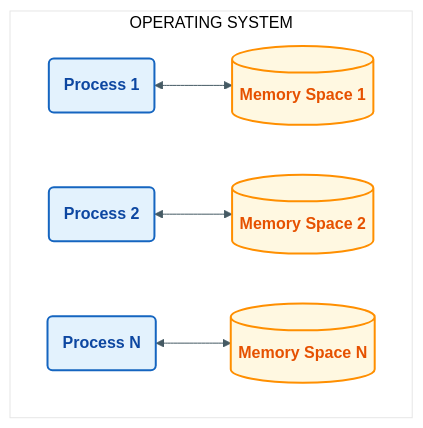
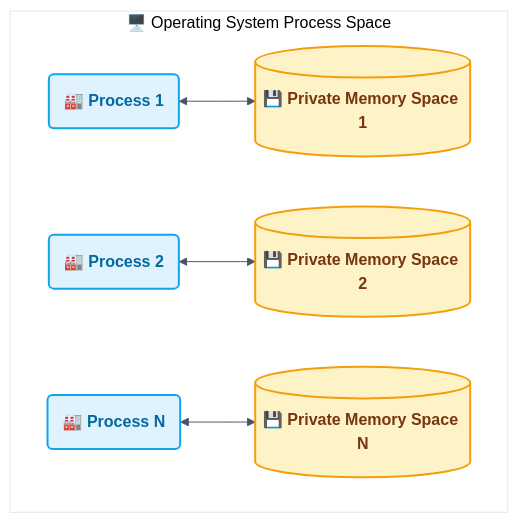
Before and after one commit to RameenAnwar/PDC-SP26-SE: the first of 10 diagrams in SyedMuhammadHuzaifaAshrafi-(23FA-035-SE)/Chapter03/README.md, drawn with Mermaid. The commit also changed other lines of this file and 5 other files, not shown here.

````diff
--- a/SyedMuhammadHuzaifaAshrafi-(23FA-035-SE)/Chapter03/README.md
+++ b/SyedMuhammadHuzaifaAshrafi-(23FA-035-SE)/Chapter03/README.md
@@ -29,25 +29,25 @@
 ```mermaid
-%%{init: {'theme': 'base', 'themeVariables': { 'lineColor': '#455A64', 'primaryColor': '#F5F5F5' }}}%%
+%%{init: {'theme': 'base', 'themeVariables': { 'lineColor': '#475569', 'primaryColor': '#f8fafc', 'primaryTextColor': '#0f172a', 'primaryBorderColor': '#cbd5e1' }}}%%
 flowchart TD
-    %% Pro Max Multiprocessing Visual
-    classDef process fill:#E3F2FD,stroke:#1565C0,stroke-width:2px,color:#0D47A1,font-weight:bold
-    classDef memory fill:#FFF8E1,stroke:#FF8F00,stroke-width:2px,color:#E65100,font-weight:bold
+    %% Premium Process Isolation Visual
+    classDef process fill:#e0f2fe,stroke:#0ea5e9,stroke-width:2px,color:#0369a1,font-weight:bold
+    classDef memory fill:#fef3c7,stroke:#f59e0b,stroke-width:2px,color:#78350f,font-weight:bold
 
-    subgraph SYSTEM [OPERATING SYSTEM]
+    subgraph SYSTEM ["🖥️ Operating System Process Space"]
         direction LR
-        P1(Process 1)
-        P2(Process 2)
-        P3(Process N)
+        P1("🏭 Process 1")
+        P2("🏭 Process 2")
+        P3("🏭 Process N")
         
-        M1[(Memory Space 1)]
-        M2[(Memory Space 2)]
-        M3[(Memory Space N)]
+        M1[("💾 Private Memory Space 1")]
+        M2[("💾 Private Memory Space 2")]
+        M3[("💾 Private Memory Space N")]
         
         P1 <--> M1
         P2 <--> M2
         P3 <--> M3
     end
 
     class P1,P2,P3 process
     class M1,M2,M3 memory
 ```
````
